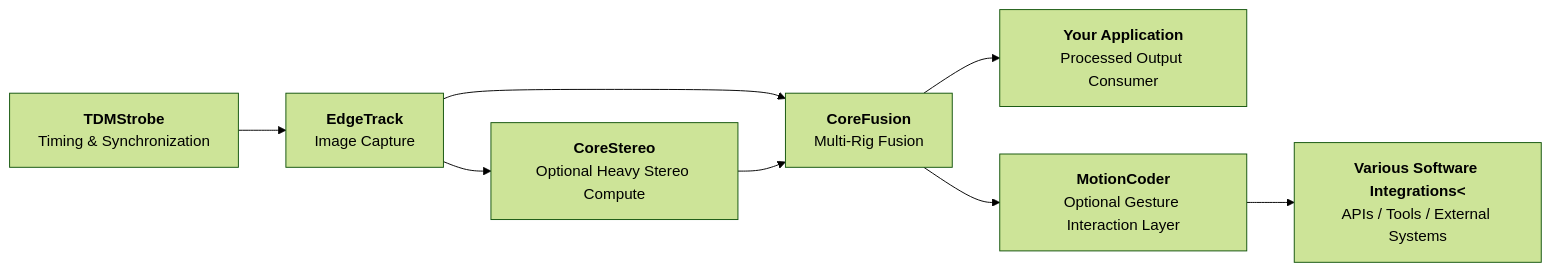
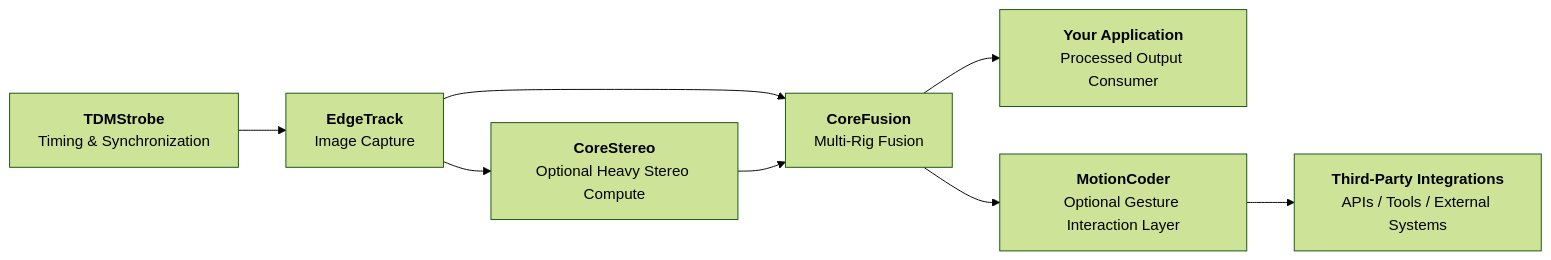
The diagram in README.md (edgetrackorg/overview), drawn with Mermaid (forest theme) before and after one commit. The commit also changed other lines of this file, not shown here.

````diff
--- a/README.md
+++ b/README.md
@@ -46,18 +46,18 @@
 ```mermaid
 flowchart LR
     A[<strong>TDMStrobe</strong><br/>Timing & Synchronization]
     B[<strong>EdgeTrack</strong><br/>Image Capture]
     C[<strong>CoreStereo</strong><br/>Optional Heavy Stereo Compute]
     D[<strong>CoreFusion</strong><br/>Multi-Rig Fusion]
     E[<strong>Your Application</strong><br/>Processed Output Consumer]
     F[<strong>MotionCoder</strong><br/>Optional Gesture Interaction Layer]
-    G[<strong>Various Software Integrations<</strong><br/>APIs / Tools / External Systems]
+    G[<strong>Third-Party Integrations</strong><br/>APIs / Tools / External Systems]
 
     A --> B
     B --> D
     B --> C
     C --> D
     D --> E
     D --> F
     F --> G
 ```
````
